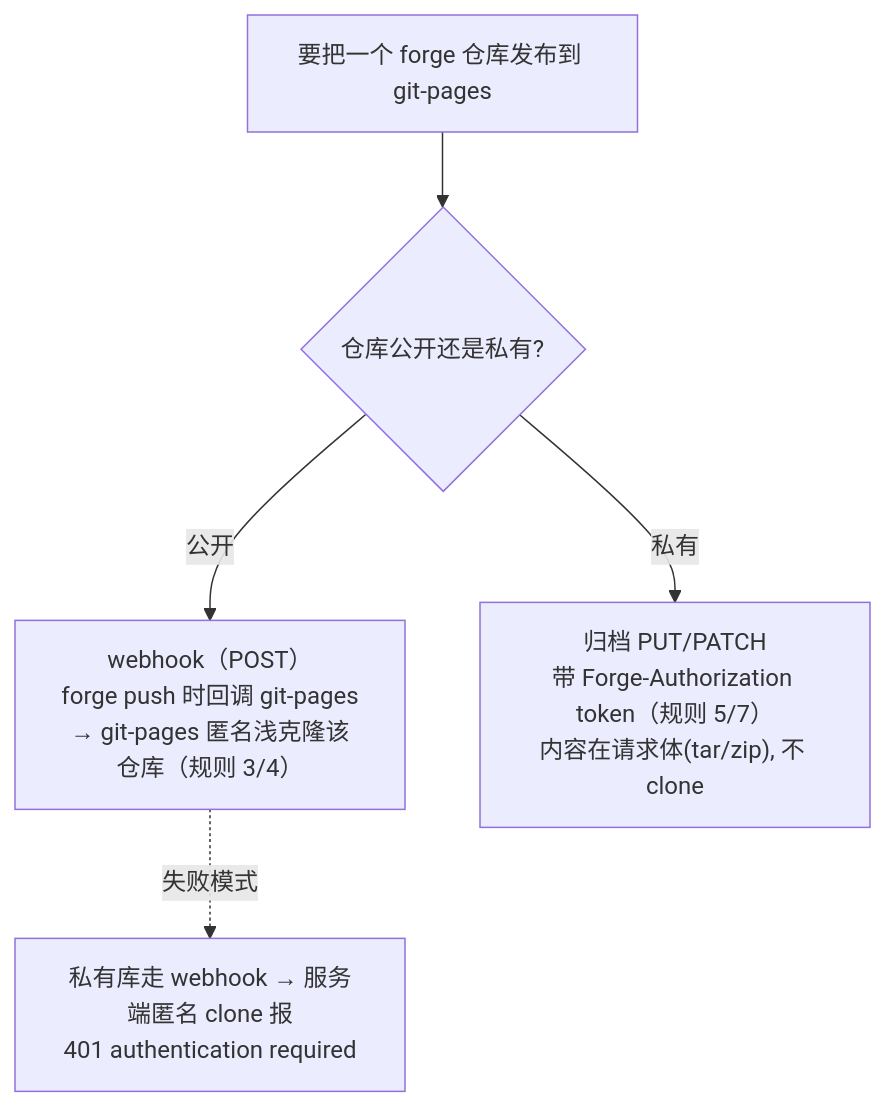
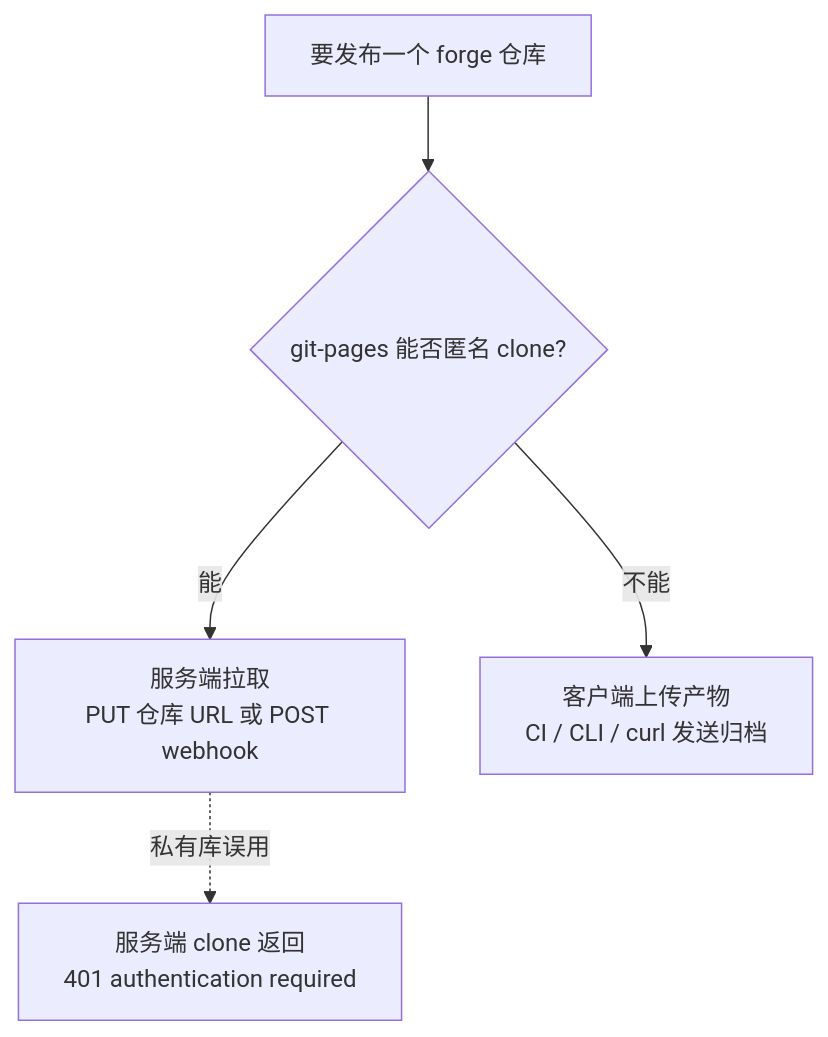
Before and after one commit to TMYTiMidlY/skills: the first of 2 diagrams in skills/.curated/software/references/git-pages.md, drawn with Mermaid. The commit also changed other lines of this file, not shown here.

First line of the commit message:
fixup! refactor(software/git-pages): 重排发布与鉴权章节

````diff
--- a/skills/.curated/software/references/git-pages.md
+++ b/skills/.curated/software/references/git-pages.md
@@ -484,7 +380,7 @@
 ```mermaid
 flowchart TD
-  A["要把一个 forge 仓库发布到 git-pages"] --> B{"仓库公开还是私有?"}
-  B -->|公开| C["webhook（POST）<br/>forge push 时回调 git-pages<br/>→ git-pages 匿名浅克隆该仓库（规则 3/4）"]
-  B -->|私有| D["归档 PUT/PATCH<br/>带 Forge-Authorization token（规则 5/7）<br/>内容在请求体(tar/zip), 不 clone"]
-  C -.失败模式.-> E["私有库走 webhook → 服务端匿名 clone 报<br/>401 authentication required"]
+  A["要发布一个 forge 仓库"] --> B{"git-pages 能否匿名 clone?"}
+  B -->|能| C["服务端拉取<br/>PUT 仓库 URL 或 POST webhook"]
+  B -->|不能| D["客户端上传产物<br/>CI / CLI / curl 发送归档"]
+  C -.私有库误用.-> E["服务端 clone 返回<br/>401 authentication required"]
 ```
````
